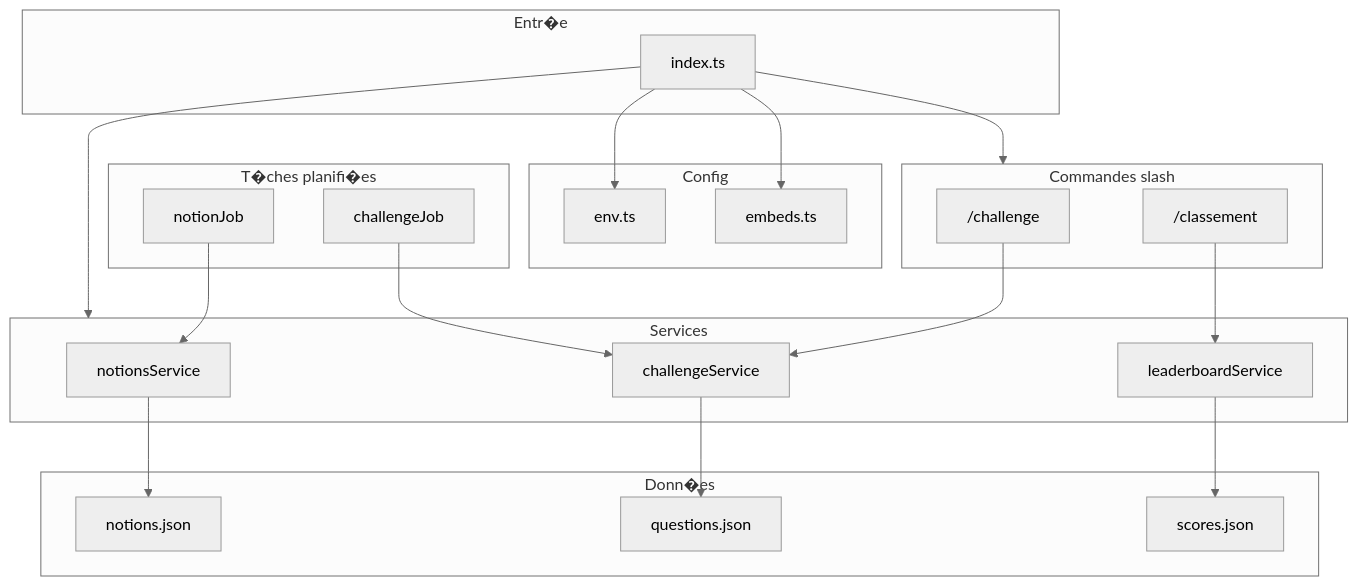
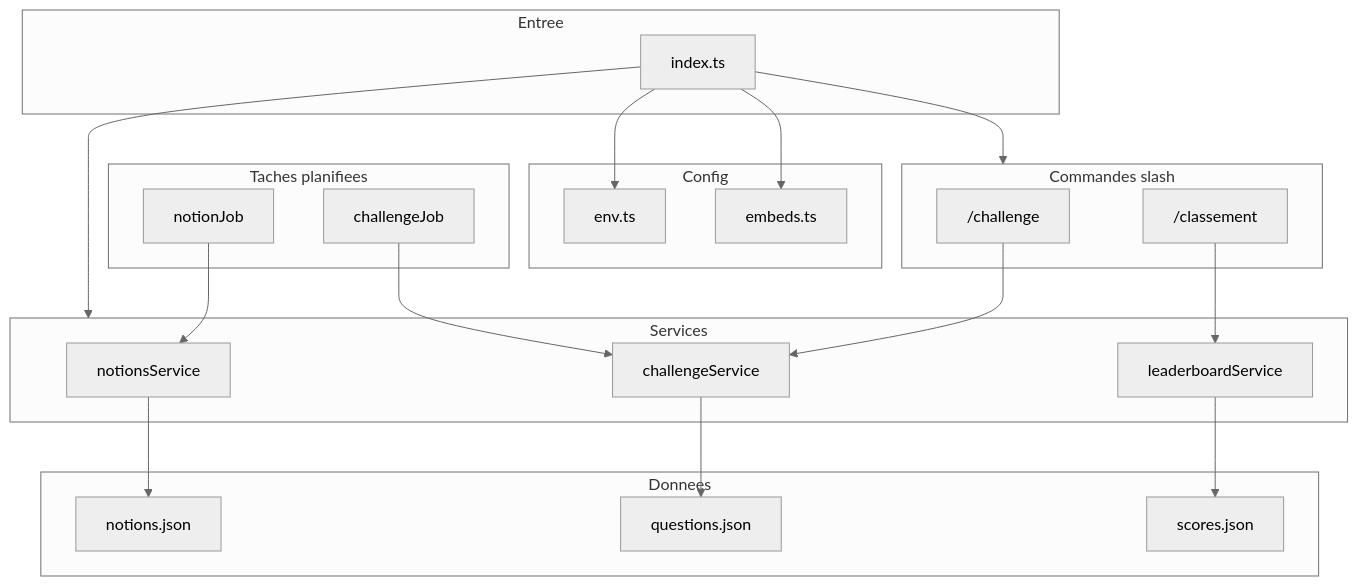
One commit to hrmonic/discord-learning-bot changed the diagram in README.md. Above: the diagram before and after it, drawn with Mermaid (neutral theme). The commit also changed other lines of this file, not shown here.

````diff
--- a/README.md
+++ b/README.md
@@ -56,39 +60,39 @@
 ```mermaid
 flowchart TB
-  subgraph entry [Entr�e]
+  subgraph entry [Entree]
     Index[index.ts]
   end
   subgraph config [Config]
     Env[env.ts]
     Embeds[embeds.ts]
   end
   subgraph commands [Commandes slash]
     Challenge["/challenge"]
     Classement["/classement"]
   end
   subgraph services [Services]
     Notions[notionsService]
     ChallengeSvc[challengeService]
     Leaderboard[leaderboardService]
   end
-  subgraph data [Donn�es]
+  subgraph data [Donnees]
     NotionsJSON[notions.json]
     QuestionsJSON[questions.json]
     ScoresJSON[scores.json]
   end
-  subgraph jobs [T�ches planifi�es]
+  subgraph jobs [Taches planifiees]
     NotionJob[notionJob]
     ChallengeJob[challengeJob]
   end
   Index --> Env
   Index --> Embeds
   Index --> commands
   Index --> services
   Challenge --> ChallengeSvc
   Classement --> Leaderboard
   NotionJob --> Notions
   ChallengeJob --> ChallengeSvc
   Notions --> NotionsJSON
   ChallengeSvc --> QuestionsJSON
   Leaderboard --> ScoresJSON
 ```
````
